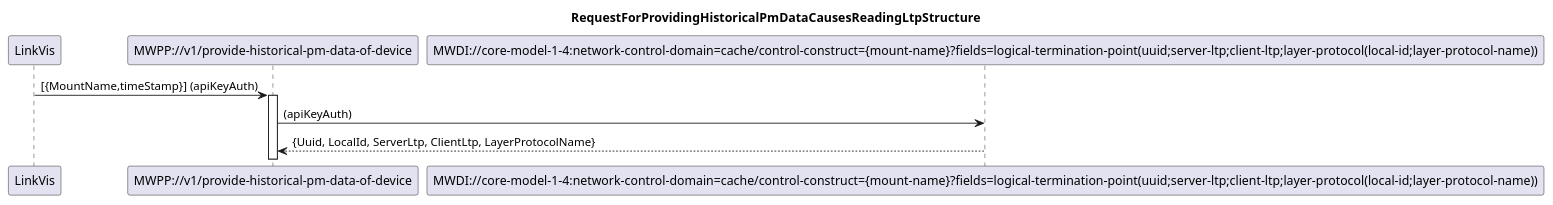
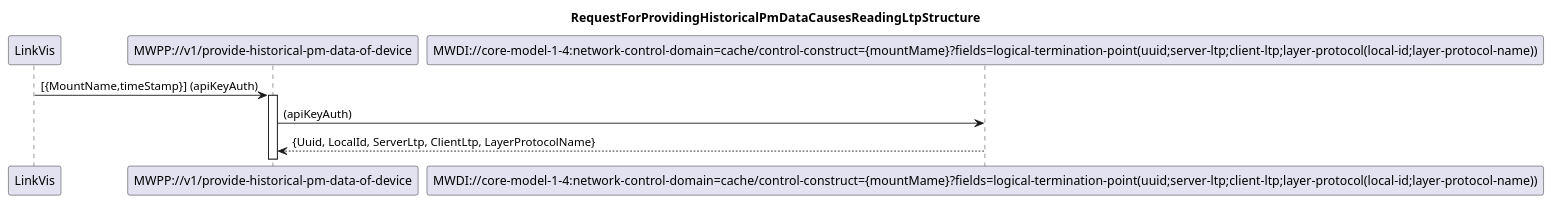
One commit to openBackhaul/MicroWavePerformanceProxy changed the diagram in spec/diagrams/000_ReadingLtpStructure.plantuml. Above: the diagram before and after it, drawn with PlantUML. The commit also changed 4 other files, not shown here.

```diff
--- a/spec/diagrams/000_ReadingLtpStructure.plantuml
+++ b/spec/diagrams/000_ReadingLtpStructure.plantuml
@@ -1,17 +1,17 @@
 @startuml 000_ReadingLtpStructure
 skinparam responseMessageBelowArrow true
 
 title
 RequestForProvidingHistoricalPmDataCausesReadingLtpStructure
 end title
 
 participant "LinkVis" as LinkVis
 participant "MWPP://v1/provide-historical-pm-data-of-device" as MWPP
-participant "MWDI://core-model-1-4:network-control-domain=cache/control-construct={mount-name}?fields=logical-termination-point(uuid;server-ltp;client-ltp;layer-protocol(local-id;layer-protocol-name))" as ReadingLtpStructure
+participant "MWDI://core-model-1-4:network-control-domain=cache/control-construct={mountMame}?fields=logical-termination-point(uuid;server-ltp;client-ltp;layer-protocol(local-id;layer-protocol-name))" as ReadingLtpStructure
 
 LinkVis -> MWPP: [{MountName,timeStamp}] (apiKeyAuth)
 activate MWPP
 MWPP -> ReadingLtpStructure: (apiKeyAuth)
 ReadingLtpStructure --> MWPP: {Uuid, LocalId, ServerLtp, ClientLtp, LayerProtocolName}
 
 @enduml
```
